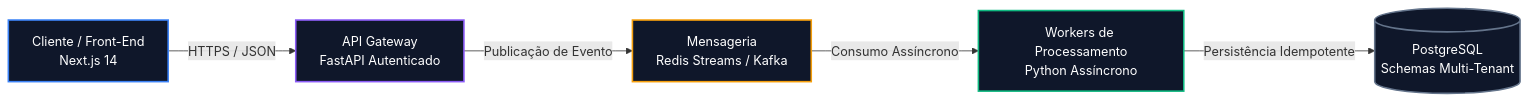
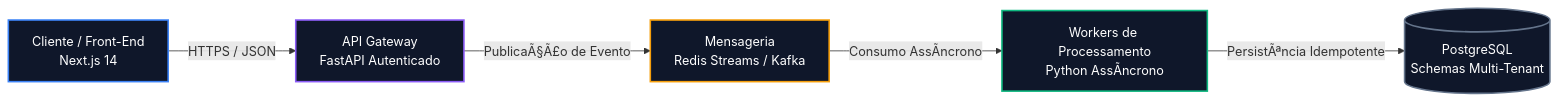
One commit to VictorRubinec/agentic-knowledge-os changed the diagram in exemplos/01-ata-reuniao-arquitetura.mdx. Above: the diagram before and after it, drawn with Mermaid. The commit also changed other lines of this file and 22 other files, not shown here.

````diff
--- a/exemplos/01-ata-reuniao-arquitetura.mdx
+++ b/exemplos/01-ata-reuniao-arquitetura.mdx
@@ -35,13 +35,13 @@
 ```mermaid
 flowchart LR
     A["Cliente / Front-End<br/>Next.js 14"] -->|"HTTPS / JSON"| B["API Gateway<br/>FastAPI Autenticado"]
-    B -->|"Publicação de Evento"| C["Mensageria<br/>Redis Streams / Kafka"]
-    C -->|"Consumo Assíncrono"| D["Workers de Processamento<br/>Python Assíncrono"]
-    D -->|"Persistência Idempotente"| E[("PostgreSQL<br/>Schemas Multi-Tenant")]
+    B -->|"PublicaÃ§Ã£o de Evento"| C["Mensageria<br/>Redis Streams / Kafka"]
+    C -->|"Consumo AssÃ­ncrono"| D["Workers de Processamento<br/>Python AssÃ­ncrono"]
+    D -->|"PersistÃªncia Idempotente"| E[("PostgreSQL<br/>Schemas Multi-Tenant")]
 
     style A fill:#0f172a,stroke:#3b82f6,stroke-width:2px,color:#fff
     style B fill:#0f172a,stroke:#8b5cf6,stroke-width:2px,color:#fff
     style C fill:#0f172a,stroke:#f59e0b,stroke-width:2px,color:#fff
     style D fill:#0f172a,stroke:#10b981,stroke-width:2px,color:#fff
     style E fill:#0f172a,stroke:#64748b,stroke-width:2px,color:#fff
 ```
````
